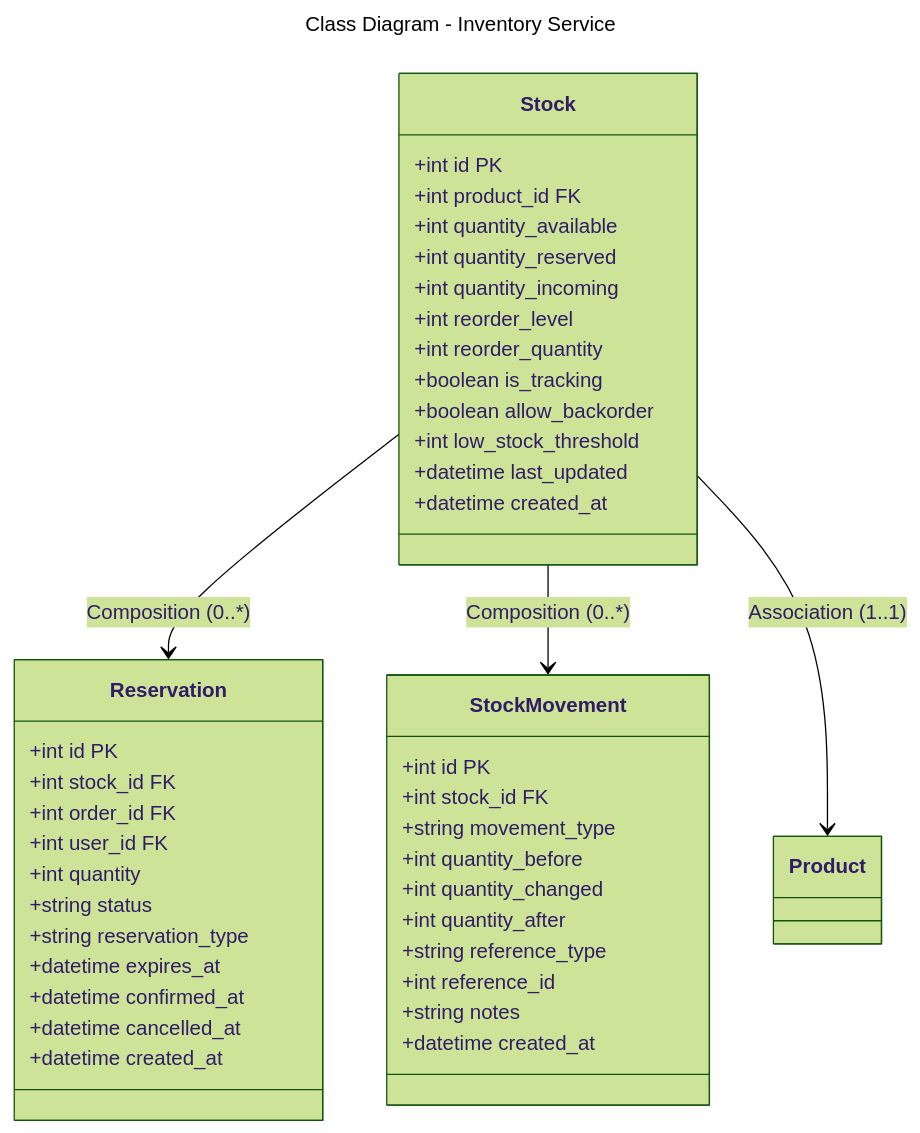
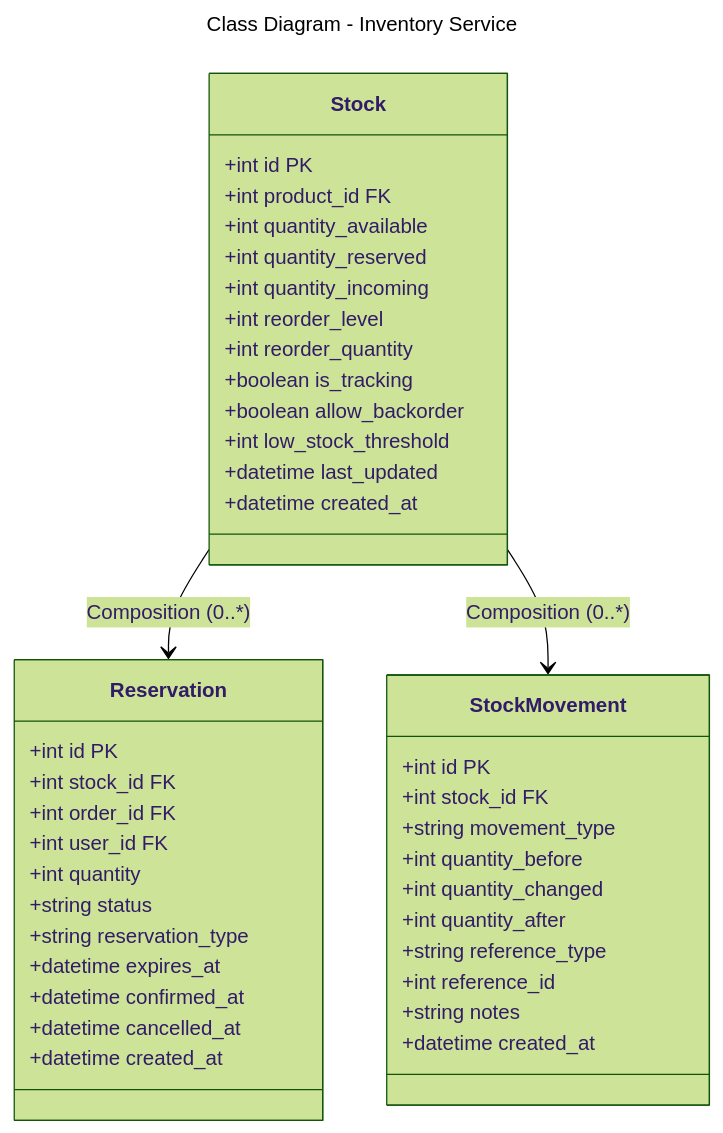
One commit to Trannaaanhh/ecom changed the diagram in docs/diagrams/class/inventory-service.md. Above: the diagram before and after it, drawn with Mermaid (forest theme). The commit also changed other lines of this file and 11 other files, not shown here.

````diff
--- a/docs/diagrams/class/inventory-service.md
+++ b/docs/diagrams/class/inventory-service.md
@@ -1,51 +1,50 @@
 ```mermaid
 ---
 title: Class Diagram - Inventory Service
 ---
 classDiagram
     class Stock {
         +int id PK
         +int product_id FK
         +int quantity_available
         +int quantity_reserved
         +int quantity_incoming
         +int reorder_level
         +int reorder_quantity
         +boolean is_tracking
         +boolean allow_backorder
         +int low_stock_threshold
         +datetime last_updated
         +datetime created_at
     }
     
     class Reservation {
         +int id PK
         +int stock_id FK
         +int order_id FK
         +int user_id FK
         +int quantity
         +string status
         +string reservation_type
         +datetime expires_at
         +datetime confirmed_at
         +datetime cancelled_at
         +datetime created_at
     }
     
     class StockMovement {
         +int id PK
         +int stock_id FK
         +string movement_type
         +int quantity_before
         +int quantity_changed
         +int quantity_after
         +string reference_type
         +int reference_id
         +string notes
         +datetime created_at
     }
     
     Stock --> Reservation : Composition (0..*)
     Stock --> StockMovement : Composition (0..*)
-    Stock --> Product : Association (1..1)
 ```
````
